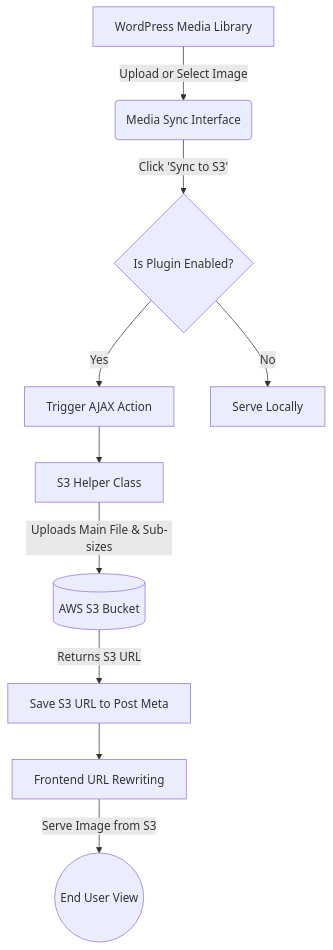
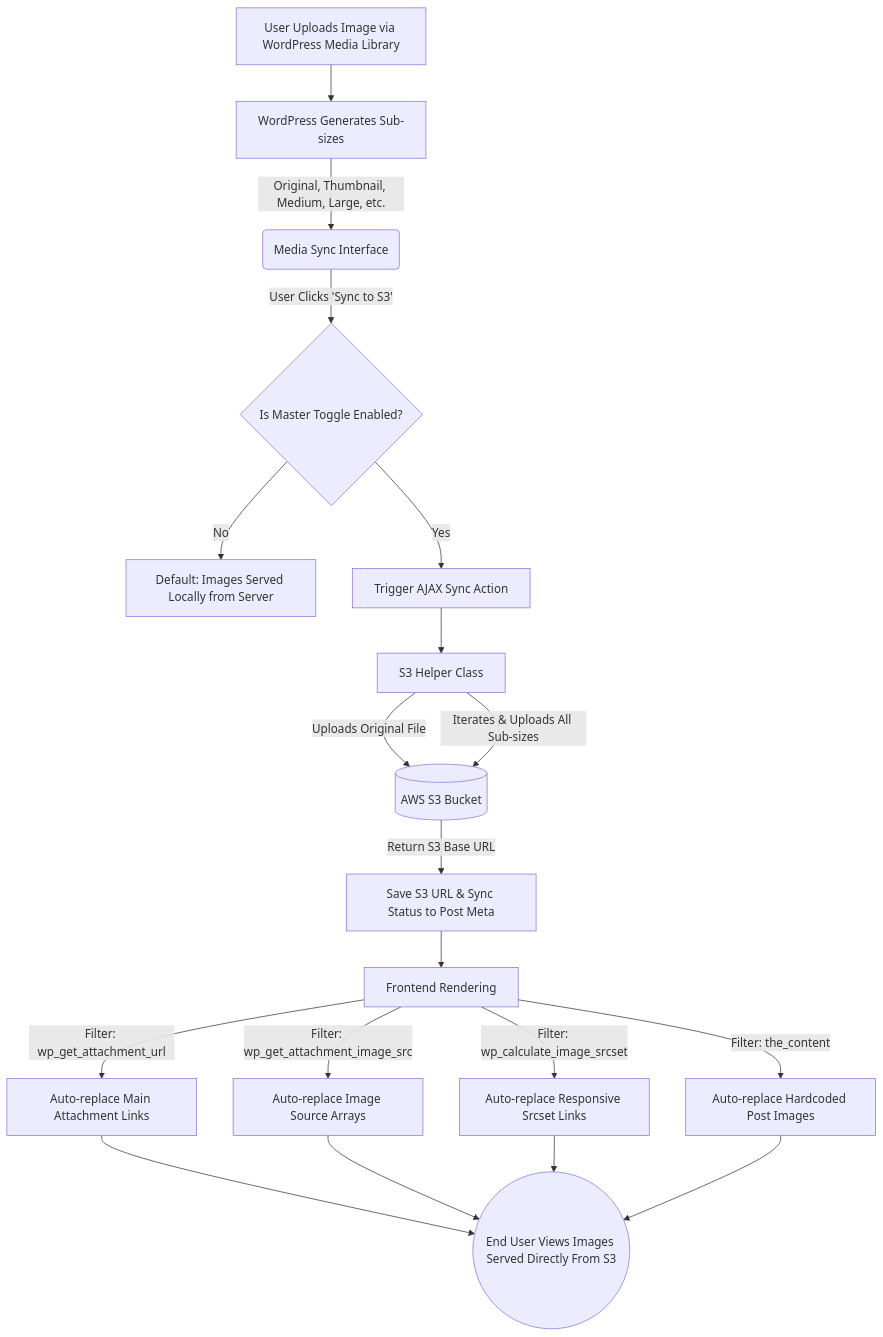
The diagram in README.md (vallarasuk/media-to-aws-s3-sync), drawn with Mermaid before and after one commit. The commit also changed other lines of this file, not shown here.

Commit message:
Enhance flowchart to explain image sub-sizes, URL replacement, and default behavior

````diff
--- a/README.md
+++ b/README.md
@@ -20,12 +20,29 @@
 ```mermaid
 flowchart TD
-    A[WordPress Media Library] -->|Upload or Select Image| B(Media Sync Interface)
-    B -->|Click 'Sync to S3'| C{Is Plugin Enabled?}
-    C -->|Yes| D[Trigger AJAX Action]
-    C -->|No| E[Serve Locally]
-    D --> F[S3 Helper Class]
-    F -->|Uploads Main File & Sub-sizes| G[(AWS S3 Bucket)]
-    G -->|Returns S3 URL| H[Save S3 URL to Post Meta]
-    H --> I[Frontend URL Rewriting]
-    I -->|Serve Image from S3| J((End User View))
+    %% Upload Phase
+    A[User Uploads Image via WordPress Media Library] --> B[WordPress Generates Sub-sizes]
+    B -->|Original, Thumbnail, Medium, Large, etc.| C(Media Sync Interface)
+    
+    %% Sync Trigger Phase
+    C -->|User Clicks 'Sync to S3'| D{Is Master Toggle Enabled?}
+    D -->|No| E[Default: Images Served Locally from Server]
+    D -->|Yes| F[Trigger AJAX Sync Action]
+    
+    %% AWS S3 Upload Phase
+    F --> G[S3 Helper Class]
+    G -->|Uploads Original File| H[(AWS S3 Bucket)]
+    G -->|Iterates & Uploads All Sub-sizes| H
+    
+    %% Metadata and URL Rewriting Phase
+    H -->|Return S3 Base URL| I[Save S3 URL & Sync Status to Post Meta]
+    I --> J[Frontend Rendering]
+    
+    %% Auto-replace Links Phase
+    J -->|Filter: wp_get_attachment_url| K[Auto-replace Main Attachment Links]
+    J -->|Filter: wp_get_attachment_image_src| L[Auto-replace Image Source Arrays]
+    J -->|Filter: wp_calculate_image_srcset| M[Auto-replace Responsive Srcset Links]
+    J -->|Filter: the_content| N[Auto-replace Hardcoded Post Images]
+    
+    %% Final View
+    K & L & M & N --> O((End User Views Images Served Directly From S3))
 ```
````
